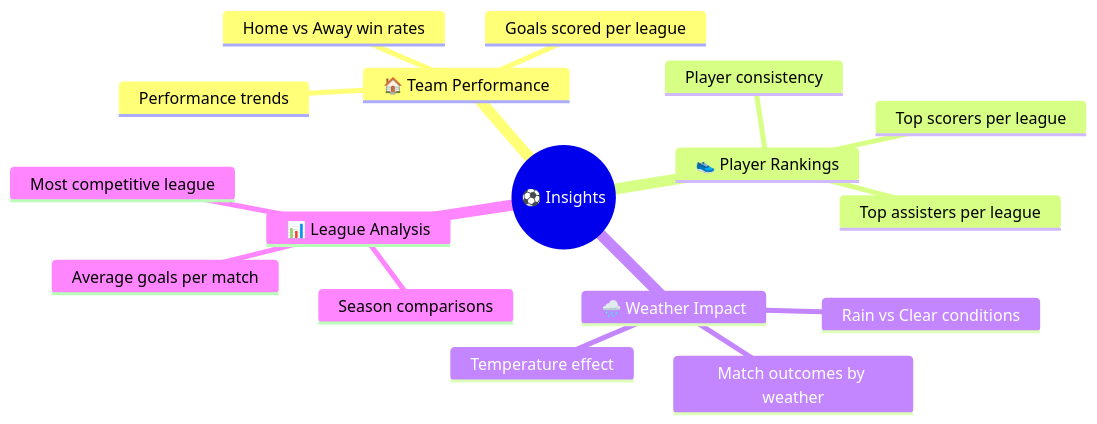
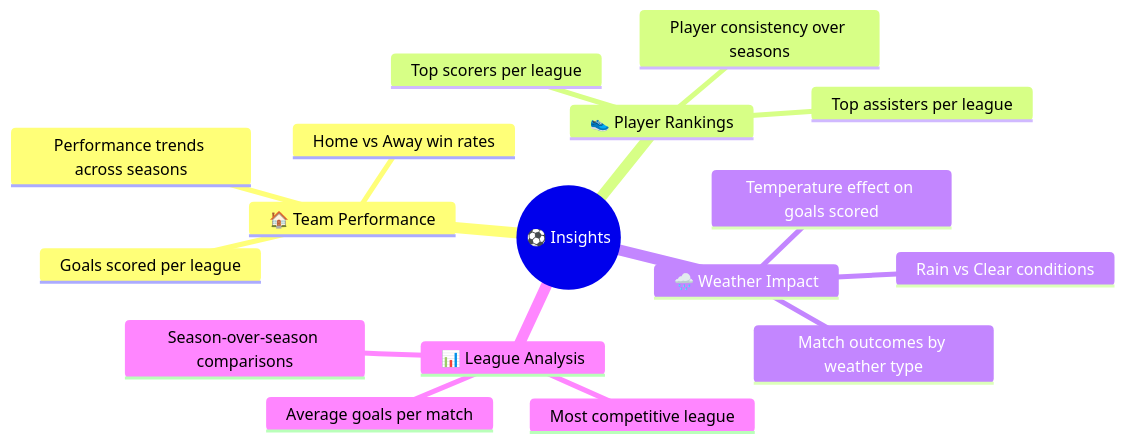
Before and after one commit to Elie-dev25/European-Football: the fourth of 4 diagrams in README.md, drawn with Mermaid. The commit also changed other lines of this file and 3 other files, not shown here.

````diff
--- a/README.md
+++ b/README.md
@@ -220,20 +295,20 @@
 ```mermaid
 mindmap
   root((⚽ Insights))
     🏠 Team Performance
       Home vs Away win rates
       Goals scored per league
-      Performance trends
+      Performance trends across seasons
     👟 Player Rankings
       Top scorers per league
       Top assisters per league
-      Player consistency
+      Player consistency over seasons
     🌧️ Weather Impact
       Rain vs Clear conditions
-      Temperature effect
-      Match outcomes by weather
+      Temperature effect on goals scored
+      Match outcomes by weather type
     📊 League Analysis
       Most competitive league
       Average goals per match
-      Season comparisons
+      Season-over-season comparisons
 ```
````
